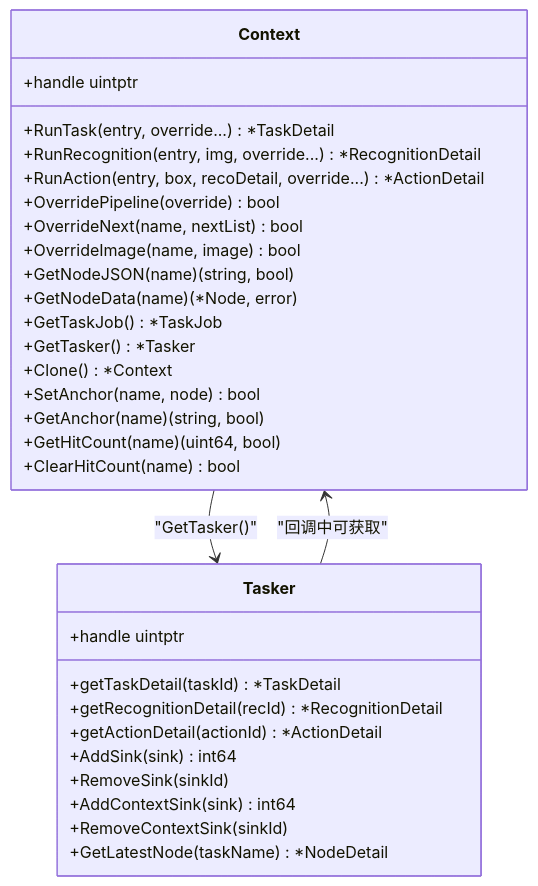
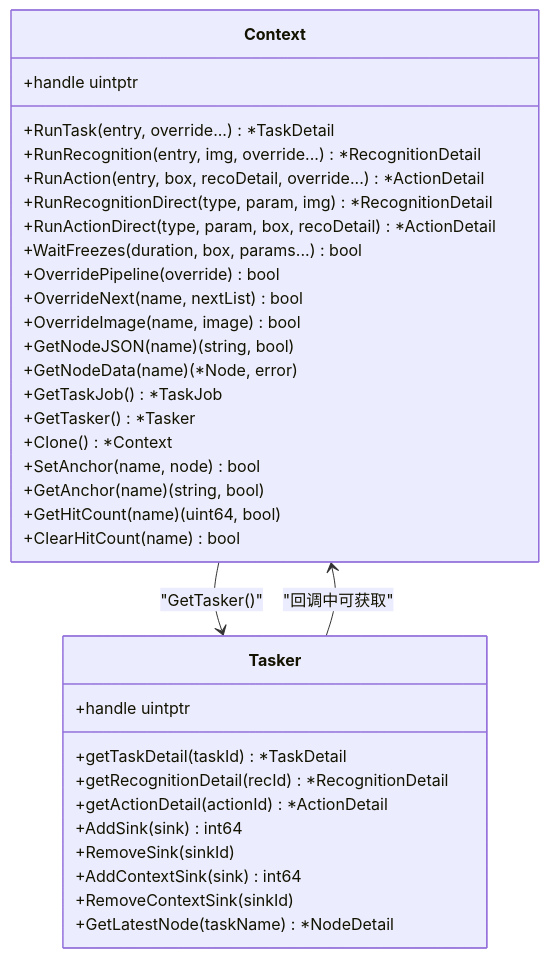
The third of 5 diagrams in instructions/maafw-golang-binding/核心概念/执行上下文 (Context).md (kqcoxn/MaaPipelineEditor), drawn with Mermaid before and after one commit. The commit also changed other lines of this file and 10 other files, not shown here.

````diff
--- a/instructions/maafw-golang-binding/核心概念/执行上下文 (Context).md
+++ b/instructions/maafw-golang-binding/核心概念/执行上下文 (Context).md
@@ -179,34 +198,37 @@
 ```mermaid
 classDiagram
 class Context {
 +handle uintptr
 +RunTask(entry, override...) *TaskDetail
 +RunRecognition(entry, img, override...) *RecognitionDetail
 +RunAction(entry, box, recoDetail, override...) *ActionDetail
++RunRecognitionDirect(type, param, img) *RecognitionDetail
++RunActionDirect(type, param, box, recoDetail) *ActionDetail
++WaitFreezes(duration, box, params...) bool
 +OverridePipeline(override) bool
 +OverrideNext(name, nextList) bool
 +OverrideImage(name, image) bool
 +GetNodeJSON(name) (string, bool)
 +GetNodeData(name) (*Node, error)
 +GetTaskJob() *TaskJob
 +GetTasker() *Tasker
 +Clone() *Context
 +SetAnchor(name, node) bool
 +GetAnchor(name) (string, bool)
 +GetHitCount(name) (uint64, bool)
 +ClearHitCount(name) bool
 }
 class Tasker {
 +handle uintptr
 +getTaskDetail(taskId) *TaskDetail
 +getRecognitionDetail(recId) *RecognitionDetail
 +getActionDetail(actionId) *ActionDetail
 +AddSink(sink) int64
 +RemoveSink(sinkId)
 +AddContextSink(sink) int64
 +RemoveContextSink(sinkId)
 +GetLatestNode(taskName) *NodeDetail
 }
 Context --> Tasker : "GetTasker()"
 Tasker --> Context : "回调中可获取"
 ```
````
